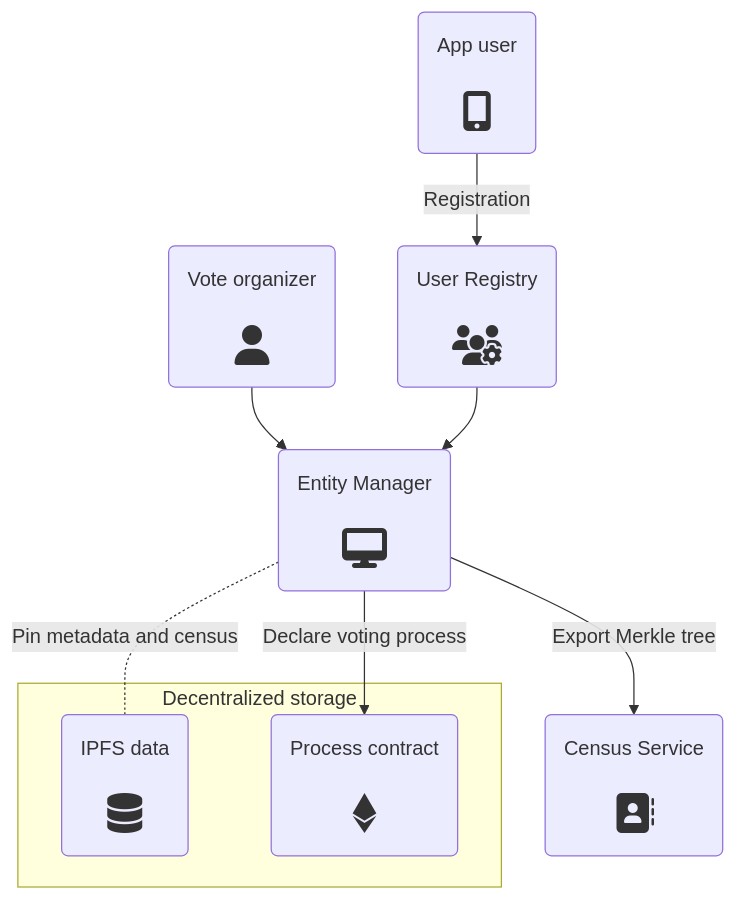
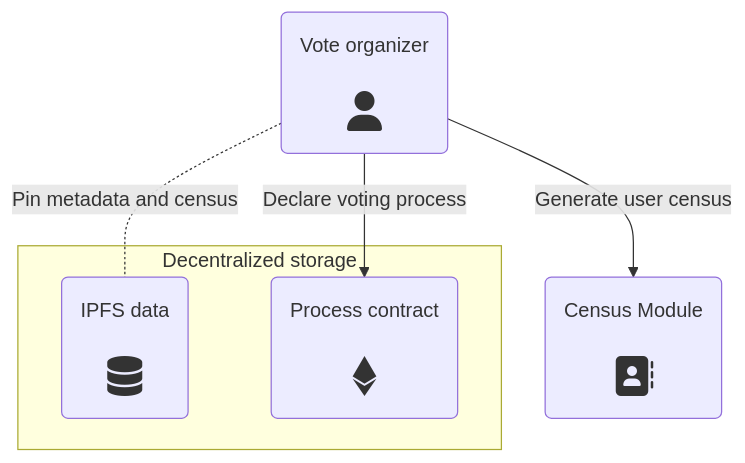
The first of 3 diagrams in src/architecture/process-overview.md (vocdoni/docs), drawn with Mermaid before and after one commit. The commit also changed other lines of this file, not shown here.

Commit message:
Remove census service from process overview

````diff
--- a/src/architecture/process-overview.md
+++ b/src/architecture/process-overview.md
@@ -21,24 +19,16 @@
 ```mermaid
-
-
 graph TD
-APP(<center>App user<br/><br/><i class='fa fa-2x fa-mobile-alt'/></center>)
-REG(<center>User Registry<br/><br/><i class='fa fa-2x fa-users-cog'/></center>)
 OG(<center>Vote organizer<br/><br/><i class='fa fa-2x fa-user'/></center>)
-PM(<center>Entity Manager<br/><br/><i class='fa fa-2x fa-desktop'/></center>)
 DATA(<center>IPFS data<br/><br/><i class='fa fa-2x fa-database'/></center>)
 BP(<center>Process contract<br/><br/><i class='fab fa-2x fa-ethereum'/></center>)
-CS(<center>Census Service<br/><br/><i class='fa fa-2x fa-address-book'/></center>)
+CS(<center>Census Module<br/><br/><i class='fa fa-2x fa-address-book'/></center>)
 
-APP --> |Registration| REG
-OG --> PM
-REG --> PM
-PM --> |Export Merkle tree|CS
-PM -.- |Pin metadata and census|DATA
-PM --> |Declare voting process|BP
+OG --> |Generate user census|CS
+OG -.- |Pin metadata and census|DATA
+OG --> |Declare voting process|BP
 
 subgraph Decentralized storage
 	BP
 	DATA
 end
 ```
````
